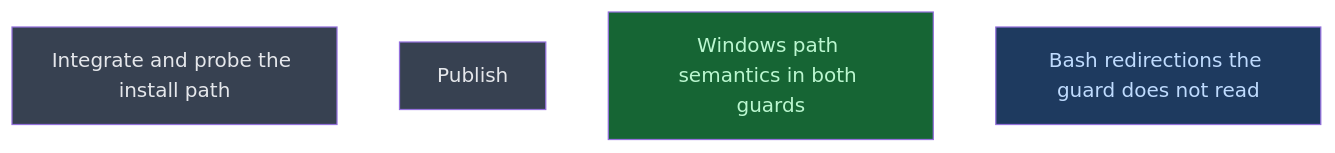
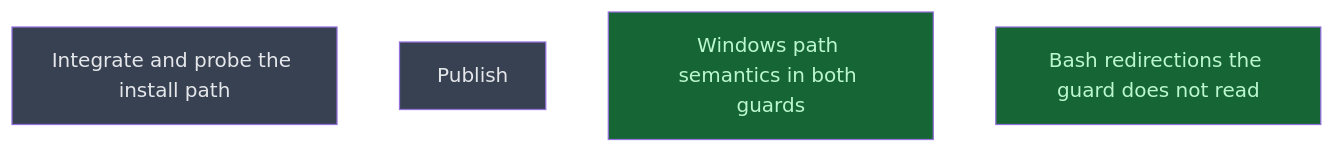
Before and after one commit to CrackingShells/Murmuration: the diagram in __roadmap__/claude_code_release/next/next/README.md, drawn with Mermaid. The commit also changed other lines of this file and 2 other files, not shown here.

Commit message:
docs(roadmap): posix_redirects landed; verdict and residual gaps

````diff
--- a/__roadmap__/claude_code_release/next/next/README.md
+++ b/__roadmap__/claude_code_release/next/next/README.md
@@ -16,12 +16,12 @@
 ```mermaid
 graph TD
     integrate[Integrate and probe the install path]:::planned
     next[Publish]:::planned
     windows_paths[Windows path semantics in both guards]:::done
-    posix_redirects[Bash redirections the guard does not read]:::amendment
+    posix_redirects[Bash redirections the guard does not read]:::done
     classDef done       fill:#166534,color:#bbf7d0
     classDef inprogress fill:#854d0e,color:#fef08a
     classDef planned    fill:#374151,color:#e5e7eb
     classDef amendment  fill:#1e3a5f,color:#bfdbfe
     classDef blocked    fill:#7f1d1d,color:#fecaca
 ```
````
